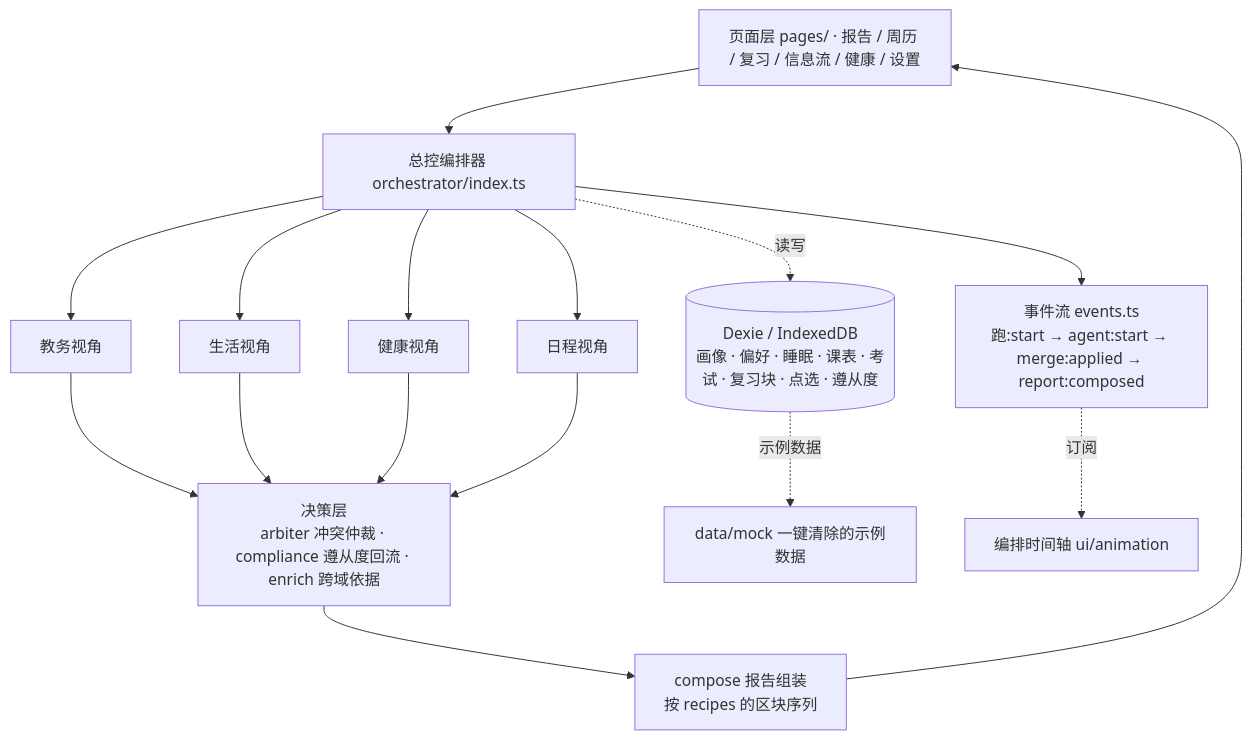
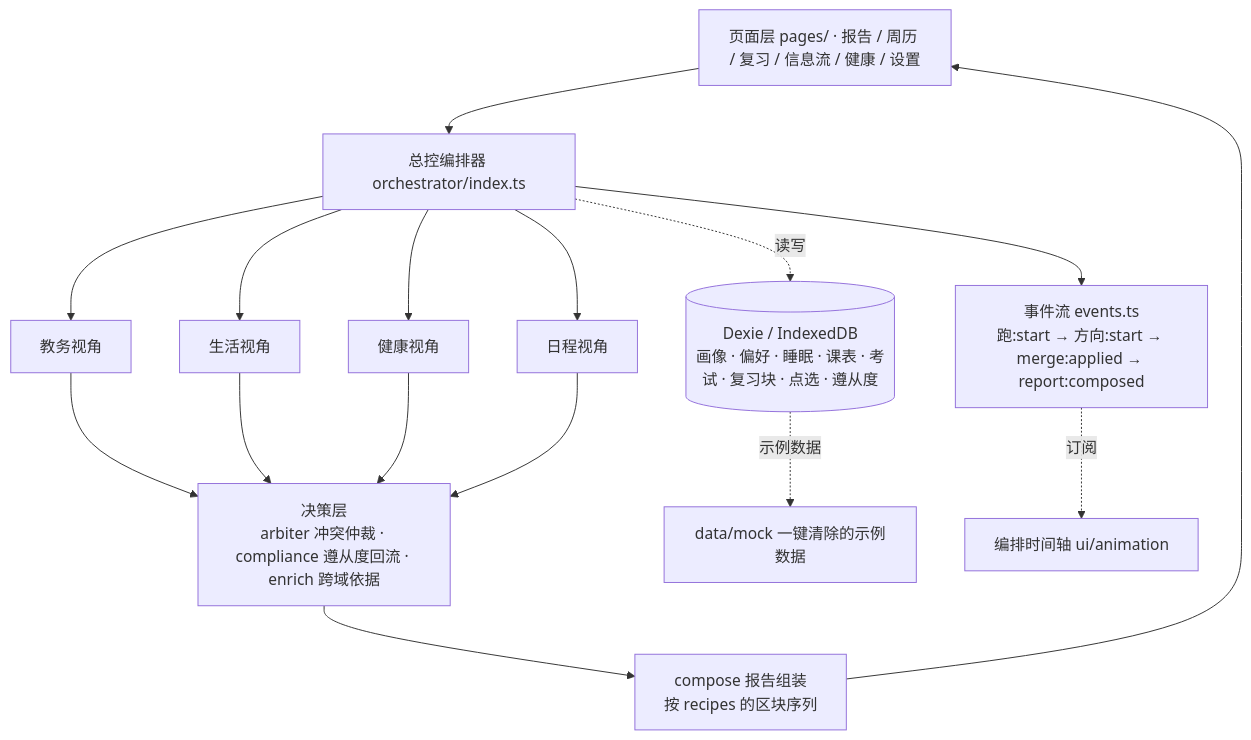
The diagram in README.md (king-getting/no-sleep-), drawn with Mermaid before and after one commit. The commit also changed other lines of this file and 44 other files, not shown here.

````diff
--- a/README.md
+++ b/README.md
@@ -96,18 +96,18 @@
 ```mermaid
 flowchart TD
   UI["页面层 pages/ · 报告 / 周历 / 复习 / 信息流 / 健康 / 设置"] --> ORC["总控编排器 orchestrator/index.ts"]
-  ORC --> EVT["事件流 events.ts<br/>跑:start → agent:start → merge:applied → report:composed"]
+  ORC --> EVT["事件流 events.ts<br/>跑:start → 方向:start → merge:applied → report:composed"]
   ORC --> A1["教务视角"]
   ORC --> A2["生活视角"]
   ORC --> A3["健康视角"]
   ORC --> A4["日程视角"]
   A1 --> DEC
   A2 --> DEC
   A3 --> DEC
   A4 --> DEC["决策层<br/>arbiter 冲突仲裁 · compliance 遵从度回流 · enrich 跨域依据"]
   DEC --> CMP["compose 报告组装<br/>按 recipes 的区块序列"]
   CMP --> UI
   ORC -.读写.-> DB[("Dexie / IndexedDB<br/>画像 · 偏好 · 睡眠 · 课表 · 考试 · 复习块 · 点选 · 遵从度")]
   DB -.示例数据.-> MOCK["data/mock 一键清除的示例数据"]
   EVT -.订阅.-> TL["编排时间轴 ui/animation"]
 ```
````
